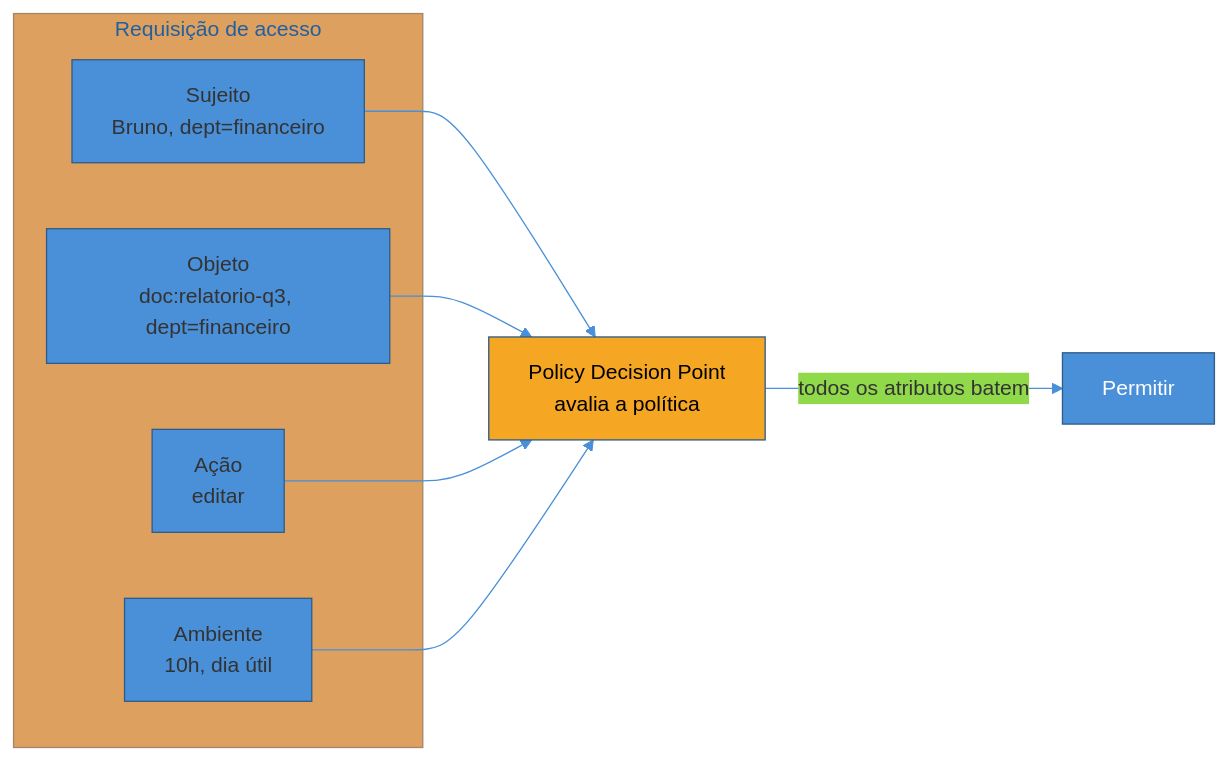
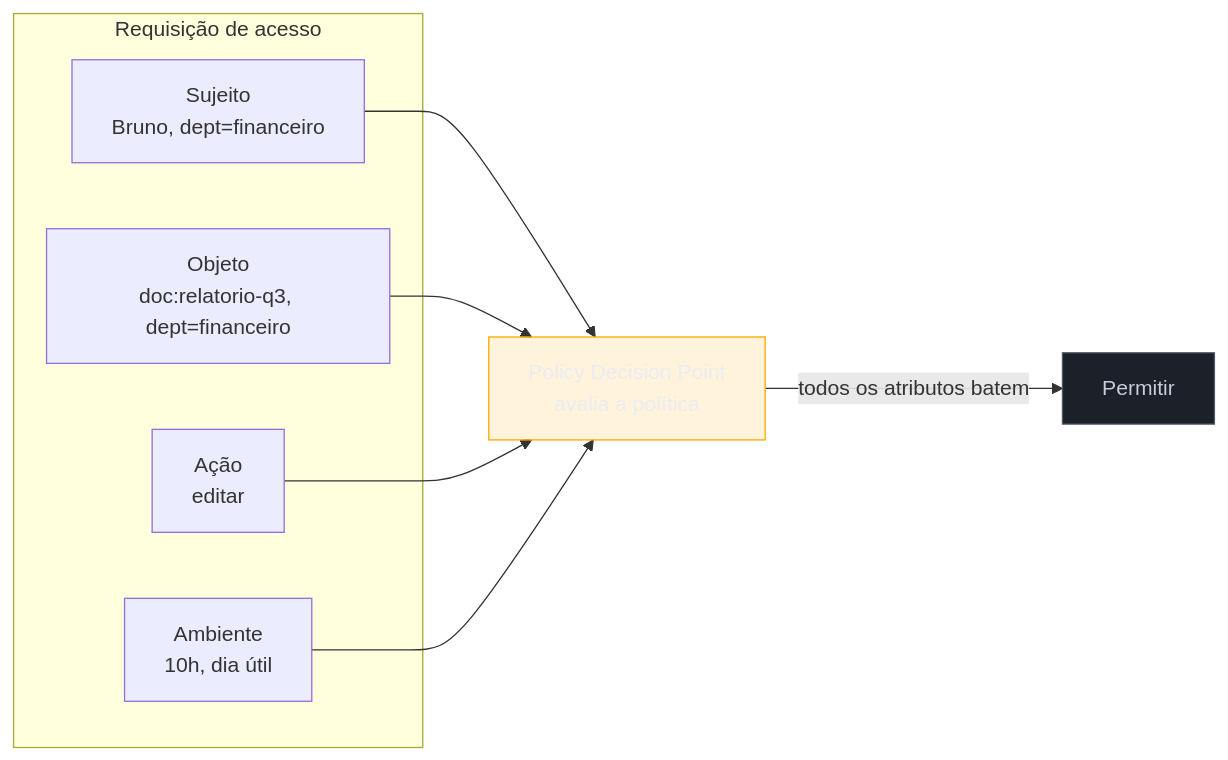
Before and after one commit to josenaldo/codex-technomanticus: the third of 5 diagrams in 03-Dominios/Engenharia/Auth e Identidade/3 - Autorização e multi-tenancy/01 - RBAC, ABAC e ReBAC — os três modelos.md, drawn with Mermaid. The commit also changed other lines of this file and 1181 other files, not shown here.

First line of the commit message:
fix(diagramas): paleta do sistema no lugar de cor cravada no markdown

````diff
--- a/03-Dominios/Engenharia/Auth e Identidade/3 - Autorização e multi-tenancy/01 - RBAC, ABAC e ReBAC — os três modelos.md
+++ b/03-Dominios/Engenharia/Auth e Identidade/3 - Autorização e multi-tenancy/01 - RBAC, ABAC e ReBAC — os três modelos.md
@@ -100,18 +103,19 @@
 ```mermaid
-%%{init: {"theme": "base", "themeVariables": {"primaryColor": "#4A90D9", "primaryBorderColor": "#2E5C8A", "lineColor": "#4A90D9"}}}%%
 graph LR
+    classDef destaque fill:#FFAA0024,stroke:#FFAA00,color:#E9ECF2
+    classDef neutro fill:#1B2029,stroke:#4E5666,color:#C6CCD8
     subgraph Requisicao["Requisição de acesso"]
         S["Sujeito<br/>Bruno, dept=financeiro"]
         O["Objeto<br/>doc:relatorio-q3, dept=financeiro"]
         A["Ação<br/>editar"]
         E["Ambiente<br/>10h, dia útil"]
     end
     S --> PDP["Policy Decision Point<br/>avalia a política"]
     O --> PDP
     A --> PDP
     E --> PDP
     PDP -->|"todos os atributos batem"| ALLOW["Permitir"]
 
-    style PDP fill:#F5A623,color:#000
-    style ALLOW fill:#4A90D9,color:#fff
+    class PDP destaque
+    class ALLOW neutro
 ```
````
